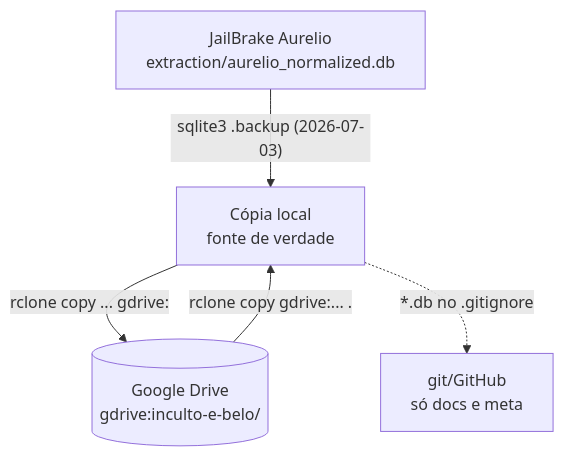
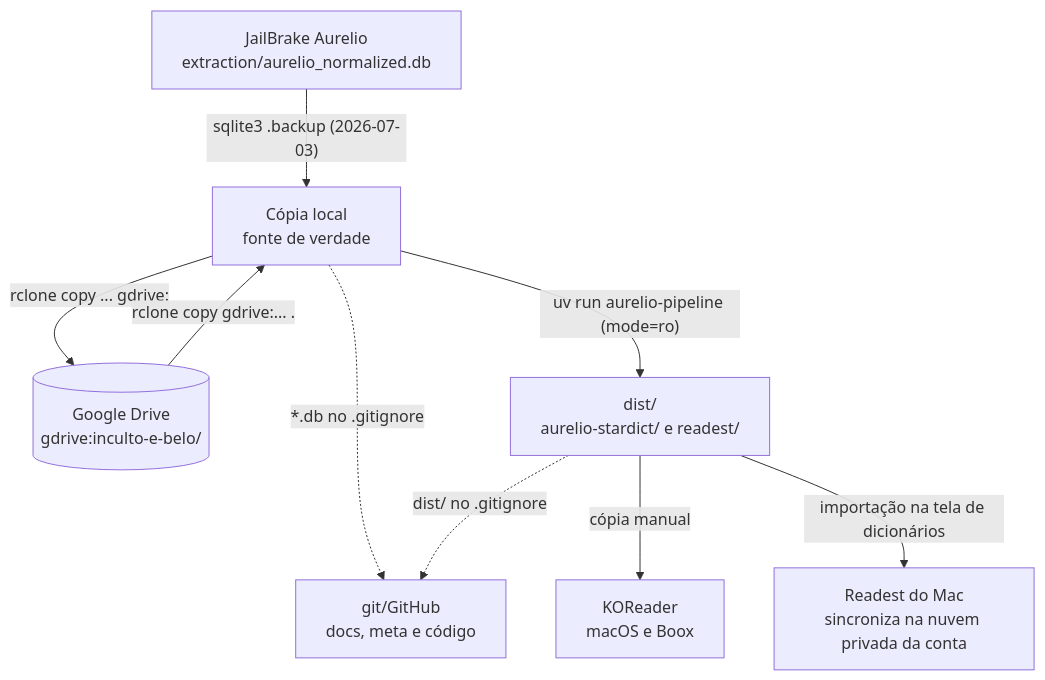
The first of 3 diagrams in _reversa_sdd/flowcharts/governanca-operacional.md (iago-leal/inculto-e-belo), drawn with Mermaid before and after one commit. The commit also changed other lines of this file and 56 other files, not shown here.

````diff
--- a/_reversa_sdd/flowcharts/governanca-operacional.md
+++ b/_reversa_sdd/flowcharts/governanca-operacional.md
@@ -7,7 +7,11 @@
 ```mermaid
 flowchart TD
     O[JailBrake Aurelio<br/>extraction/aurelio_normalized.db] -- "sqlite3 .backup (2026-07-03)" --> L[Cópia local<br/>fonte de verdade]
     L -- "rclone copy ... gdrive:" --> G[(Google Drive<br/>gdrive:inculto-e-belo/)]
     G -- "rclone copy gdrive:... ." --> L
-    L -. "*.db no .gitignore" .-> GIT[git/GitHub<br/>só docs e meta]
+    L -. "*.db no .gitignore" .-> GIT[git/GitHub<br/>docs, meta e código]
+    L -- "uv run aurelio-pipeline (mode=ro)" --> D[dist/<br/>aurelio-stardict/ e readest/]
+    D -. "dist/ no .gitignore" .-> GIT
+    D -- "cópia manual" --> K[KOReader<br/>macOS e Boox]
+    D -- "importação na tela de dicionários" --> R[Readest do Mac<br/>sincroniza na nuvem privada da conta]
 ```
````
